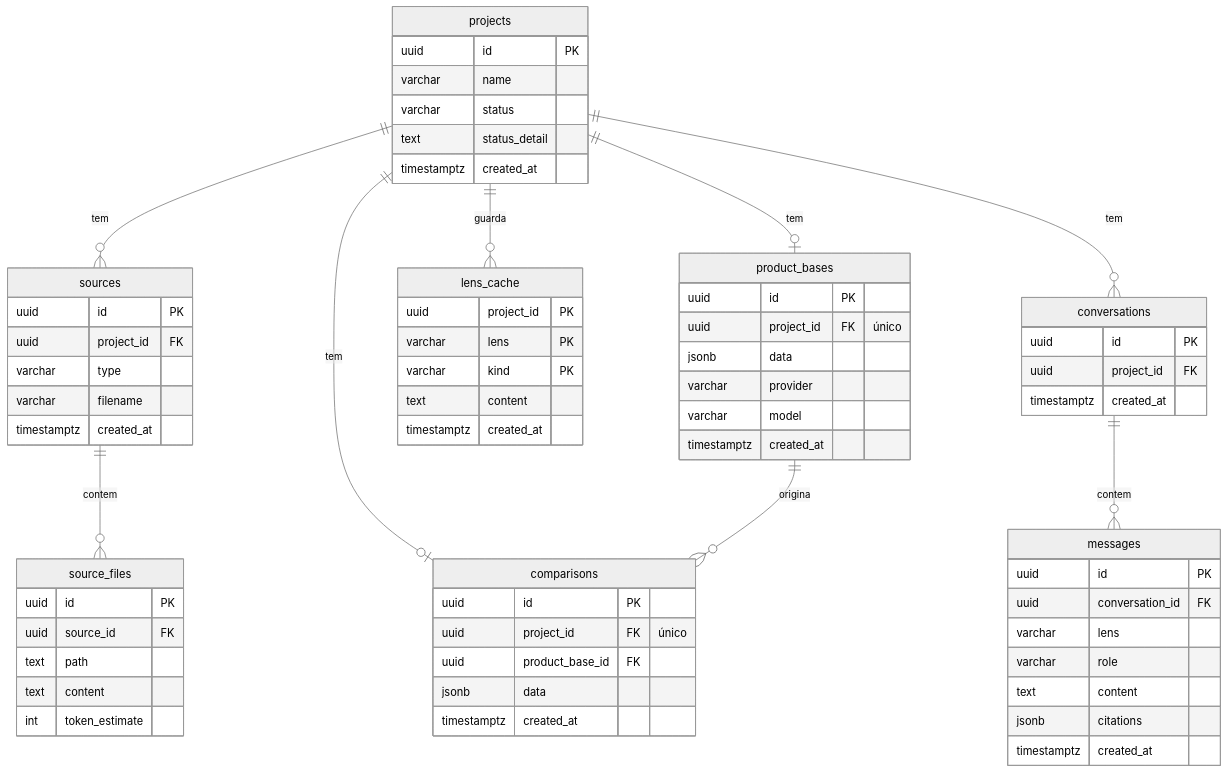
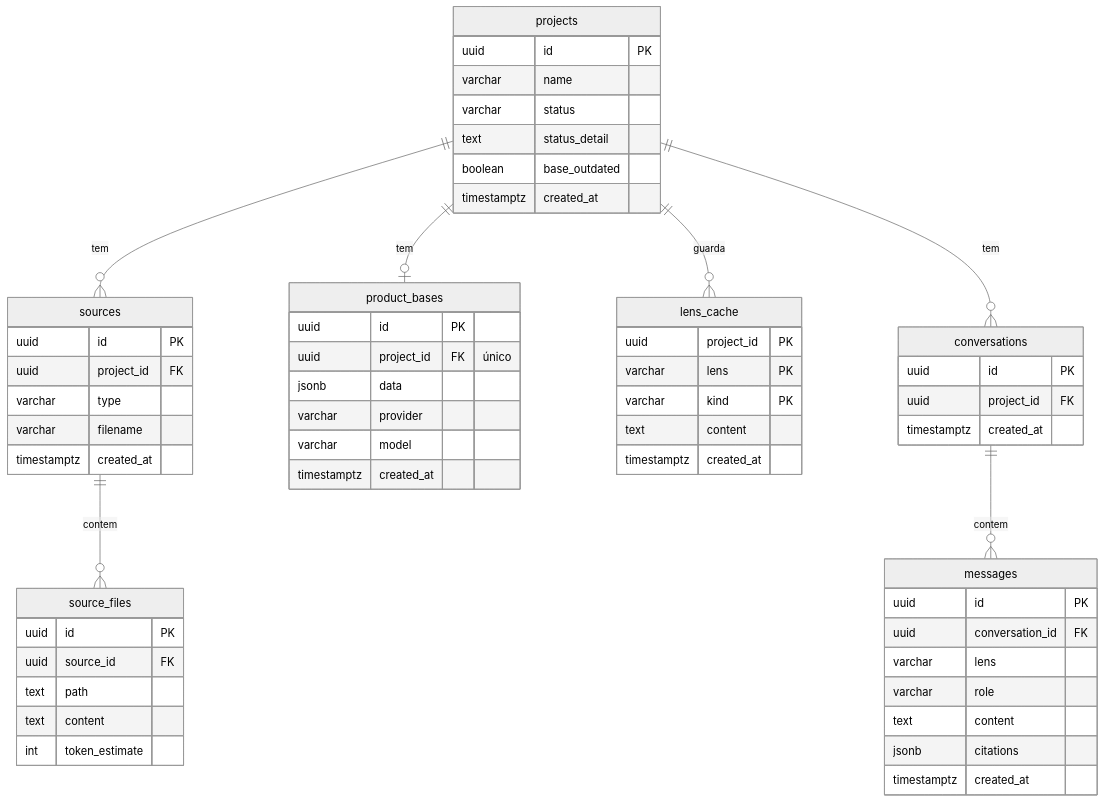
One commit to rogerr23/fornalytics changed the diagram in docs/data-model.md. Above: the diagram before and after it, drawn with Mermaid (neutral theme). The commit also changed other lines of this file and 8 other files, not shown here.

Commit message:
docs: revise system flow before ingestion phase

````diff
--- a/docs/data-model.md
+++ b/docs/data-model.md
@@ -8,69 +10,61 @@
 ```mermaid
 erDiagram
     projects ||--o{ sources : tem
     sources ||--o{ source_files : contem
     projects ||--o| product_bases : tem
     projects ||--o{ lens_cache : guarda
-    projects ||--o| comparisons : tem
-    product_bases ||--o{ comparisons : origina
     projects ||--o{ conversations : tem
     conversations ||--o{ messages : contem
 
     projects {
         uuid id PK
         varchar name
         varchar status
         text status_detail
+        boolean base_outdated
         timestamptz created_at
     }
     sources {
         uuid id PK
         uuid project_id FK
         varchar type
         varchar filename
         timestamptz created_at
     }
     source_files {
         uuid id PK
         uuid source_id FK
         text path
         text content
         int token_estimate
     }
     product_bases {
         uuid id PK
         uuid project_id FK "único"
         jsonb data
         varchar provider
         varchar model
         timestamptz created_at
     }
     lens_cache {
         uuid project_id PK
         varchar lens PK
         varchar kind PK
         text content
         timestamptz created_at
     }
-    comparisons {
-        uuid id PK
-        uuid project_id FK "único"
-        uuid product_base_id FK
-        jsonb data
-        timestamptz created_at
-    }
     conversations {
         uuid id PK
         uuid project_id FK
         timestamptz created_at
     }
     messages {
         uuid id PK
         uuid conversation_id FK
         varchar lens
         varchar role
         text content
         jsonb citations
         timestamptz created_at
     }
 ```
````
